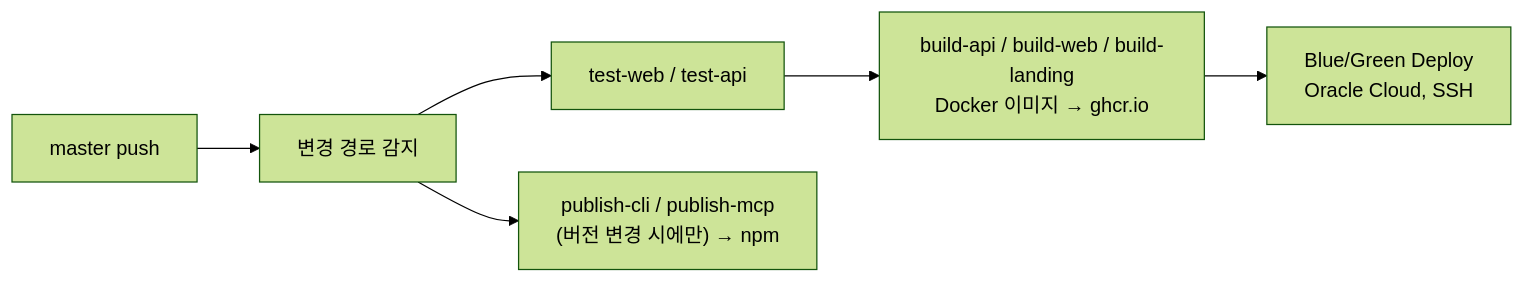
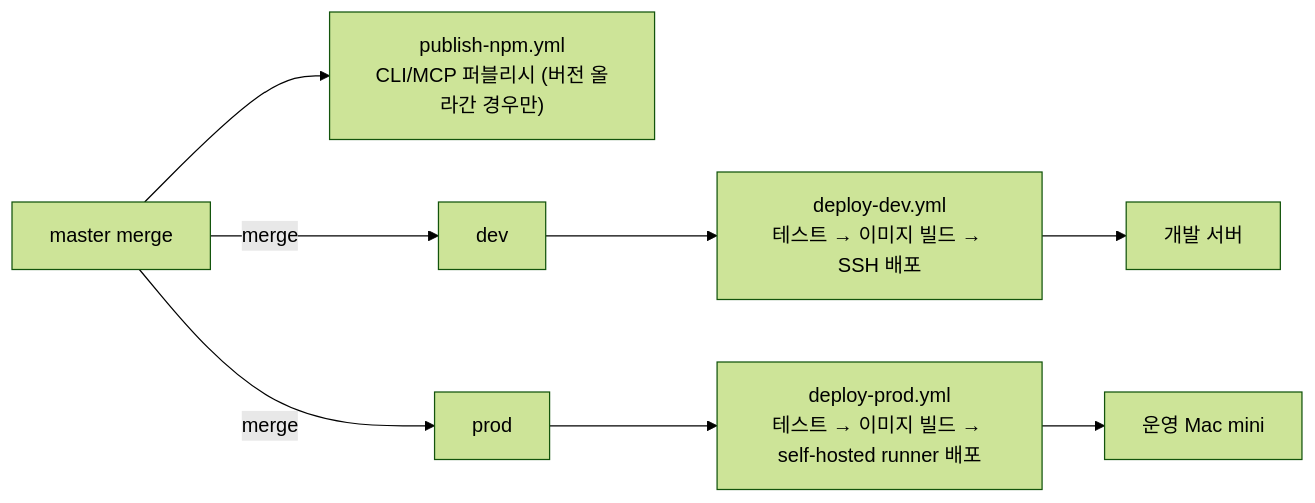
One commit to cartoonpoet/ERDify changed the second of 2 diagrams in CONTRIBUTING.md. Above: the diagram before and after it, drawn with Mermaid (forest theme). The commit also changed other lines of this file and 16 other files, not shown here.

````diff
--- a/CONTRIBUTING.md
+++ b/CONTRIBUTING.md
@@ -65,8 +68,10 @@
 ```mermaid
 flowchart LR
-    M[master push] --> P[변경 경로 감지]
-    P --> T1[test-web / test-api]
-    T1 --> B1[build-api / build-web / build-landing<br/>Docker 이미지 → ghcr.io]
-    B1 --> D[Blue/Green Deploy<br/>Oracle Cloud, SSH]
-    P --> PB["publish-cli / publish-mcp<br/>(버전 변경 시에만) → npm"]
+    M[master merge] --> PB["publish-npm.yml<br/>CLI/MCP 퍼블리시 (버전 올라간 경우만)"]
+    M -->|merge| D[dev]
+    D --> DW["deploy-dev.yml<br/>테스트 → 이미지 빌드 → SSH 배포"]
+    DW --> DS[개발 서버]
+    M -->|merge| P[prod]
+    P --> PW["deploy-prod.yml<br/>테스트 → 이미지 빌드 → self-hosted runner 배포"]
+    PW --> PS[운영 Mac mini]
 ```
````
